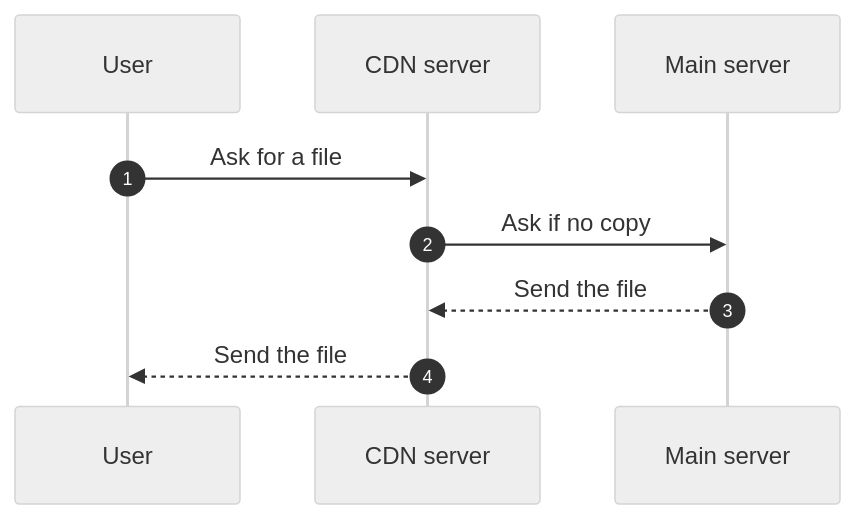
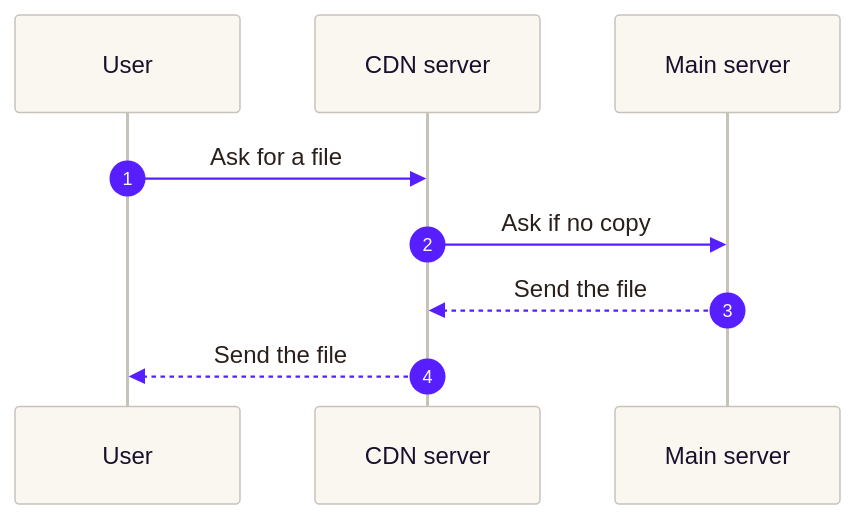
Before and after one commit to stayukasabov/Stayux-Clear-Answer: the diagram in tests/fixtures/explain-diagram.md, drawn with Mermaid. The commit also changed 2 other files, not shown here.

Commit message:
One diagram type in the design system colors; content by shell only
Every diagram is a sequence of actors and messages: lanes in HTML and a
Mermaid sequence diagram in Markdown, now in the Stayux colors. The
builder reads the content from stdin and replaces blanks with --set, so
Claude writes and fixes the content with shell commands and the dialogue
shows no file diffs.

````diff
--- a/tests/fixtures/explain-diagram.md
+++ b/tests/fixtures/explain-diagram.md
@@ -5,12 +5,12 @@
 ```mermaid
-%%{init: {"theme": "neutral"}}%%
+%%{init: {"theme": "base", "themeVariables": {"fontFamily": "Arial", "actorBkg": "#FAF7F0", "actorBorder": "#C7C2BA", "actorTextColor": "#1A0F2D", "actorLineColor": "#C7C2BA", "signalColor": "#571FFF", "signalTextColor": "#2A201B", "sequenceNumberColor": "#FFFFFF", "noteBkgColor": "#F4EBFF", "noteBorderColor": "#DCC3FF", "noteTextColor": "#1A0F2D"}, "sequence": {"actorFontFamily": "Arial", "messageFontFamily": "Arial", "noteFontFamily": "Arial"}}}%%
 sequenceDiagram
     autonumber
     participant U as User
     participant C as CDN server
     participant M as Main server
     U->>C: Ask for a file
     C->>M: Ask if no copy
     M-->>C: Send the file
     C-->>U: Send the file
 ```
````
